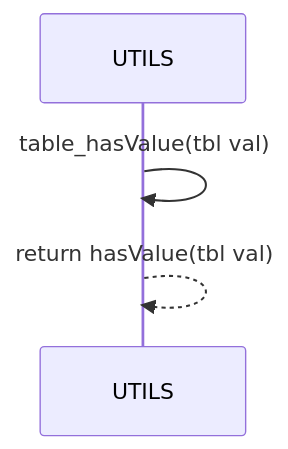
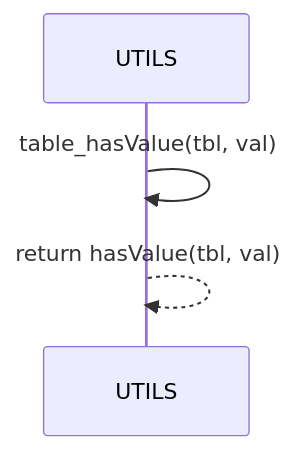
Before and after one commit to Gh0st352/AETHR: the second of 2 diagrams in docs/utils/collections_and_membership.md, drawn with Mermaid. The commit also changed other lines of this file and 7 other files, not shown here.

First line of the commit message:
docs(utils, mermaid): normalize diagrams, restructure subgraphs and standardize classes

````diff
--- a/docs/utils/collections_and_membership.md
+++ b/docs/utils/collections_and_membership.md
@@ -31,6 +42,7 @@
 ```mermaid
+%% shared theme: docs/_mermaid/theme.json %%
 sequenceDiagram
   participant U as UTILS
-  U->>U: table_hasValue(tbl val)
-  U-->>U: return hasValue(tbl val)
+  U->>U: table_hasValue(tbl, val)
+  U-->>U: return hasValue(tbl, val)
 ```
````
